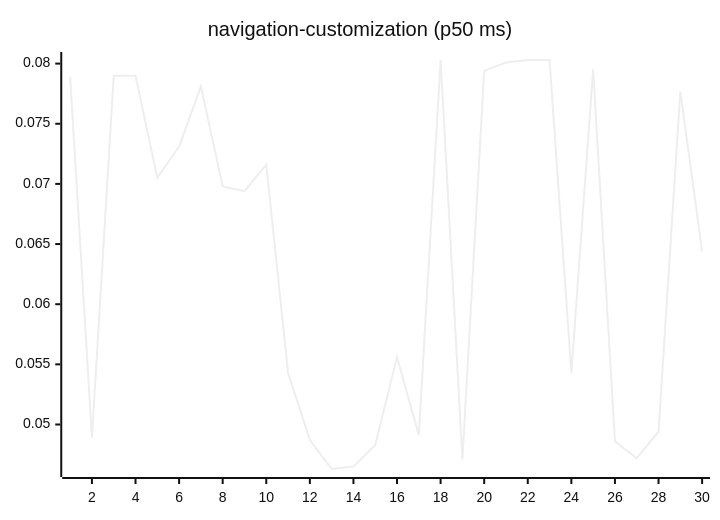
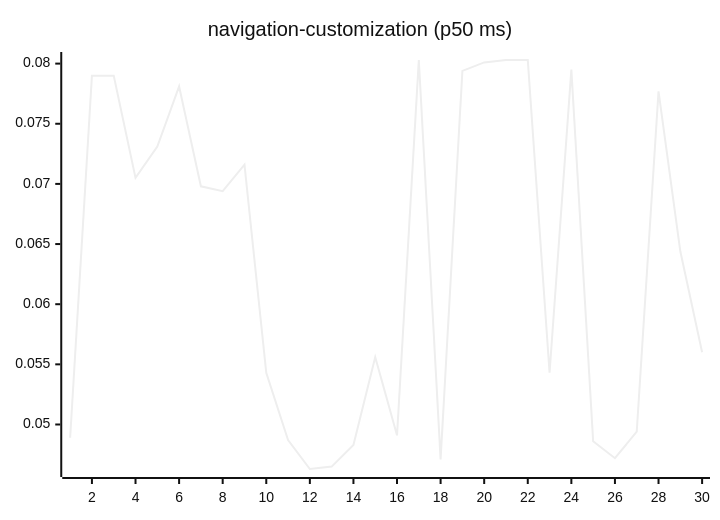
One commit to josha/Facet changed diagram 15 of 27 in README.md. Above: the diagram before and after it, drawn with Mermaid (neutral theme). The commit also changed other lines of this file and 2 other files, not shown here.

````diff
--- a/README.md
+++ b/README.md
@@ -161,6 +161,6 @@
 ```mermaid
 xychart-beta
     title "navigation-customization (p50 ms)"
     x-axis 1 --> 30
-    line [0.0789, 0.0489, 0.0790, 0.0790, 0.0705, 0.0731, 0.0781, 0.0698, 0.0694, 0.0716, 0.0543, 0.0487, 0.0463, 0.0465, 0.0483, 0.0556, 0.0491, 0.0803, 0.0471, 0.0794, 0.0801, 0.0803, 0.0803, 0.0543, 0.0795, 0.0486, 0.0472, 0.0494, 0.0777, 0.0644]
+    line [0.0489, 0.0790, 0.0790, 0.0705, 0.0731, 0.0781, 0.0698, 0.0694, 0.0716, 0.0543, 0.0487, 0.0463, 0.0465, 0.0483, 0.0556, 0.0491, 0.0803, 0.0471, 0.0794, 0.0801, 0.0803, 0.0803, 0.0543, 0.0795, 0.0486, 0.0472, 0.0494, 0.0777, 0.0644, 0.0560]
 ```
````
